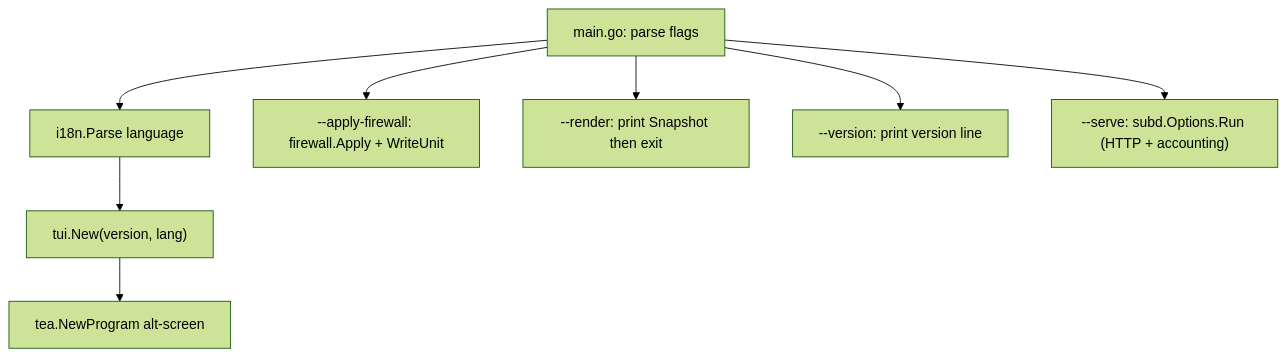
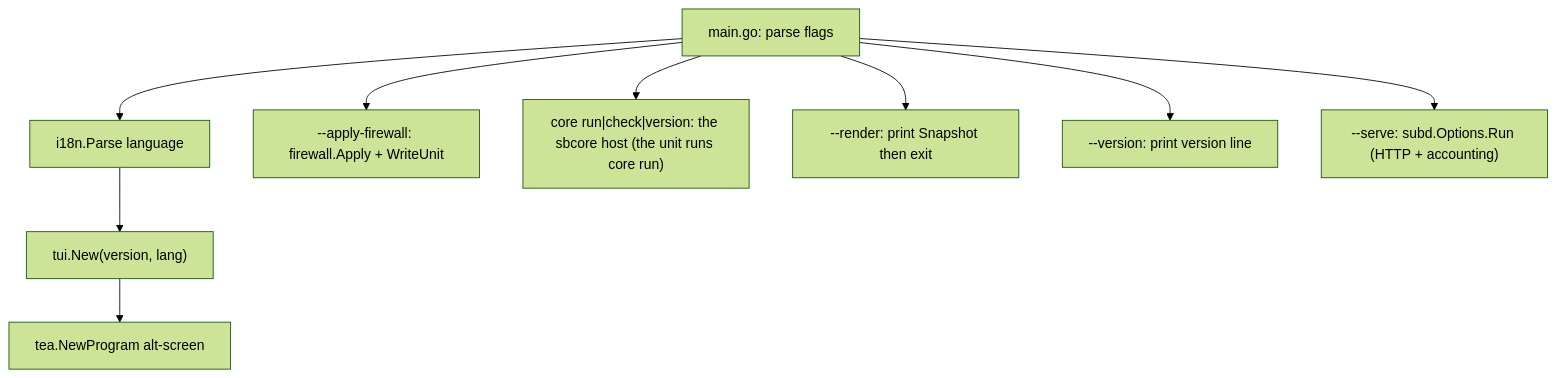
Before and after one commit to MinimaxFlora/EasySB: the diagram in docs/architecture.md, drawn with Mermaid (forest theme). The commit also changed other lines of this file and 24 other files, not shown here.

````diff
--- a/docs/architecture.md
+++ b/docs/architecture.md
@@ -81,10 +84,11 @@
 ```mermaid
 graph TD
     A["main.go: parse flags"] --> B["i18n.Parse language"]
     B --> C["tui.New(version, lang)"]
     C --> D["tea.NewProgram alt-screen"]
     A --> E["--apply-firewall: firewall.Apply + WriteUnit"]
+    A --> I["core run|check|version: the sbcore host (the unit runs core run)"]
     A --> F["--render: print Snapshot then exit"]
     A --> G["--version: print version line"]
     A --> H["--serve: subd.Options.Run (HTTP + accounting)"]
 ```
````
